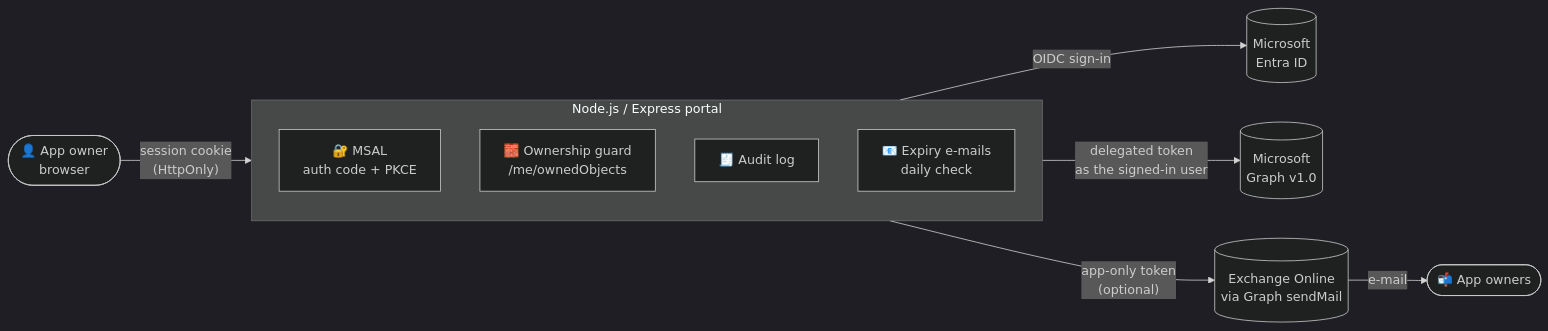
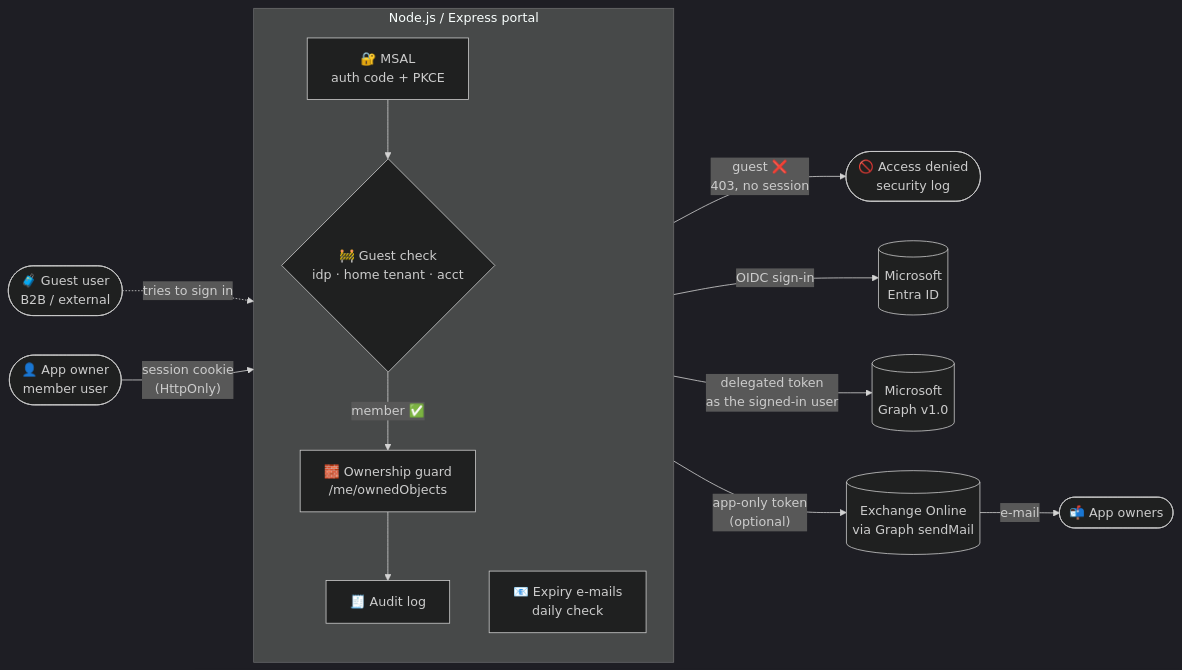
One commit to 21bshwjt/Entra-Apps-Management changed the diagram in README.md. Above: the diagram before and after it, drawn with Mermaid (dark theme). The commit also changed other lines of this file and 2 other files, not shown here.

Commit message:
Block guest (B2B) sign-ins; one-way Disable app; fix expiry dot; README LinkedIn

````diff
--- a/README.md
+++ b/README.md
@@ -124,17 +124,24 @@
 ```mermaid
 flowchart LR
-    U([👤 App owner<br/>browser]) -- "session cookie<br/>(HttpOnly)" --> S
+    U([👤 App owner<br/>member user]) -- "session cookie<br/>(HttpOnly)" --> S
 
     subgraph S [Node.js / Express portal]
       direction TB
       A[🔐 MSAL<br/>auth code + PKCE]
+      B{🚧 Guest check<br/>idp · home tenant · acct}
       G[🧱 Ownership guard<br/>/me/ownedObjects]
       L[🧾 Audit log]
       N[📧 Expiry e-mails<br/>daily check]
+      A --> B
+      B -- "member ✅" --> G
+      G --> L
     end
+
+    GU([🧳 Guest user<br/>B2B / external]) -. "tries to sign in" .-> A
+    B -- "guest ❌<br/>403, no session" --> D([🚫 Access denied<br/>security log])
 
     S -- "OIDC sign-in" --> E[(Microsoft<br/>Entra ID)]
     S -- "delegated token<br/>as the signed-in user" --> M[(Microsoft<br/>Graph v1.0)]
     N -- "app-only token<br/>(optional)" --> X[(Exchange Online<br/>via Graph sendMail)]
     X -- "e-mail" --> O([📬 App owners])
 ```
````
